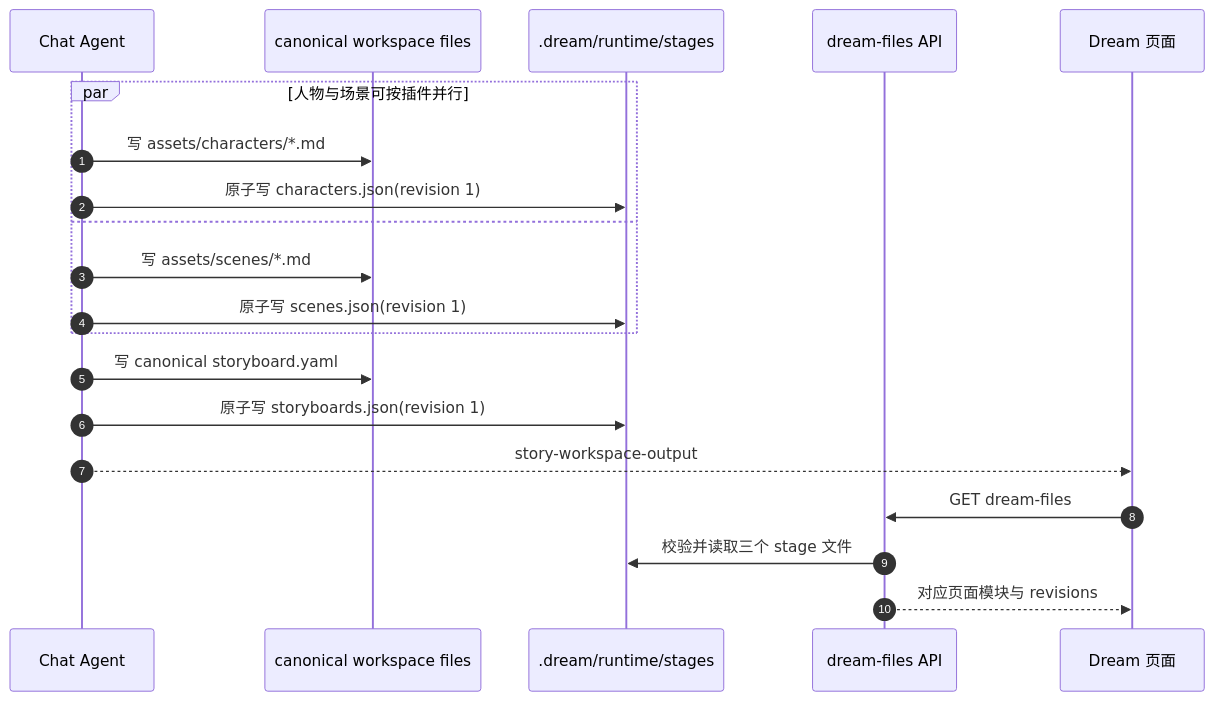
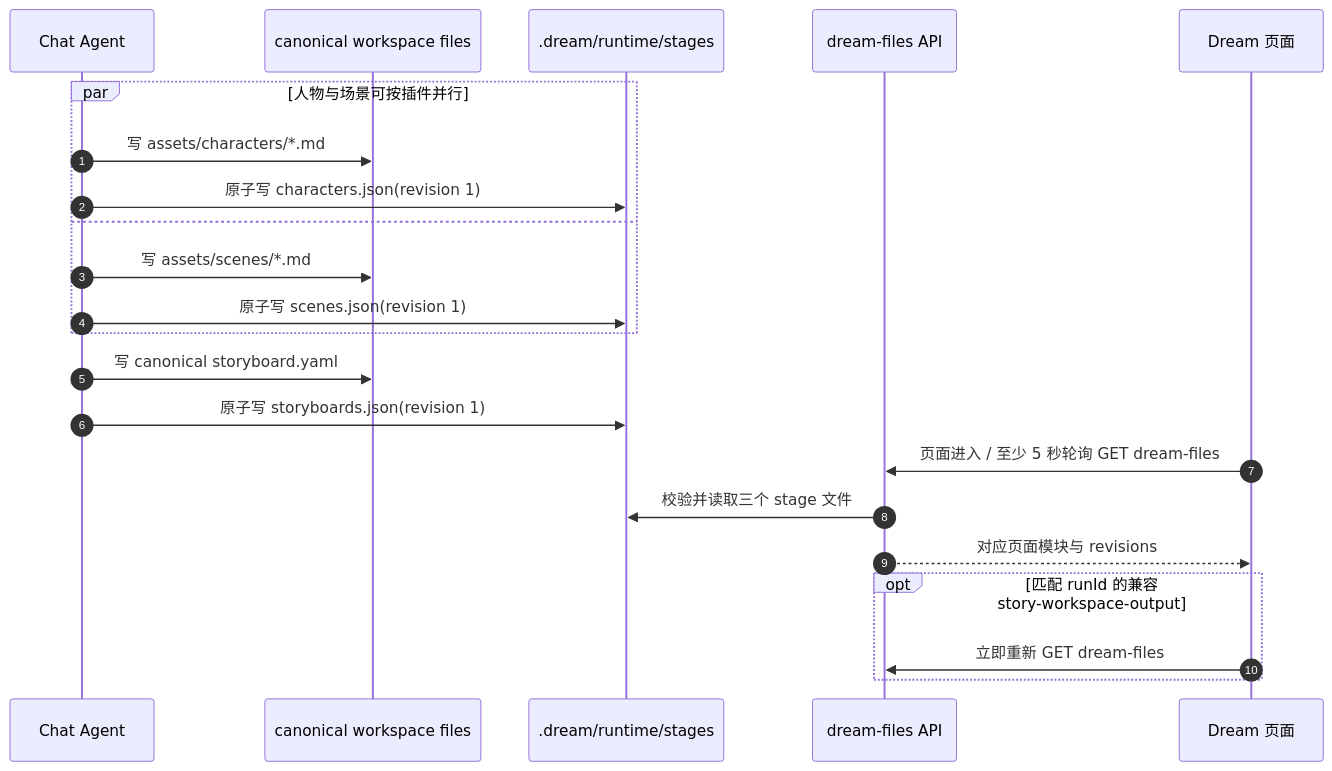
The third of 4 diagrams in docs/design/story-workspace/design_007_dream-business-module-interaction.md (glide-the/im-dream), drawn with Mermaid before and after one commit. The commit also changed other lines of this file and 4 other files, not shown here.

Commit message:
docs(story-workspace): record dream task3 delivery

````diff
--- a/docs/design/story-workspace/design_007_dream-business-module-interaction.md
+++ b/docs/design/story-workspace/design_007_dream-business-module-interaction.md
@@ -196,23 +203,25 @@
 ```mermaid
 sequenceDiagram
     autonumber
     participant Agent as Chat Agent
     participant Canonical as canonical workspace files
     participant DreamFiles as .dream/runtime/stages
     participant API as dream-files API
     participant Page as Dream 页面
 
     par 人物与场景可按插件并行
         Agent->>Canonical: 写 assets/characters/*.md
         Agent->>DreamFiles: 原子写 characters.json(revision 1)
     and
         Agent->>Canonical: 写 assets/scenes/*.md
         Agent->>DreamFiles: 原子写 scenes.json(revision 1)
     end
     Agent->>Canonical: 写 canonical storyboard.yaml
     Agent->>DreamFiles: 原子写 storyboards.json(revision 1)
-    Agent-->>Page: story-workspace-output
-    Page->>API: GET dream-files
+    Page->>API: 页面进入 / 至少 5 秒轮询 GET dream-files
     API->>DreamFiles: 校验并读取三个 stage 文件
     API-->>Page: 对应页面模块与 revisions
+    opt 匹配 runId 的兼容 story-workspace-output
+        Page->>API: 立即重新 GET dream-files
+    end
 ```
````
